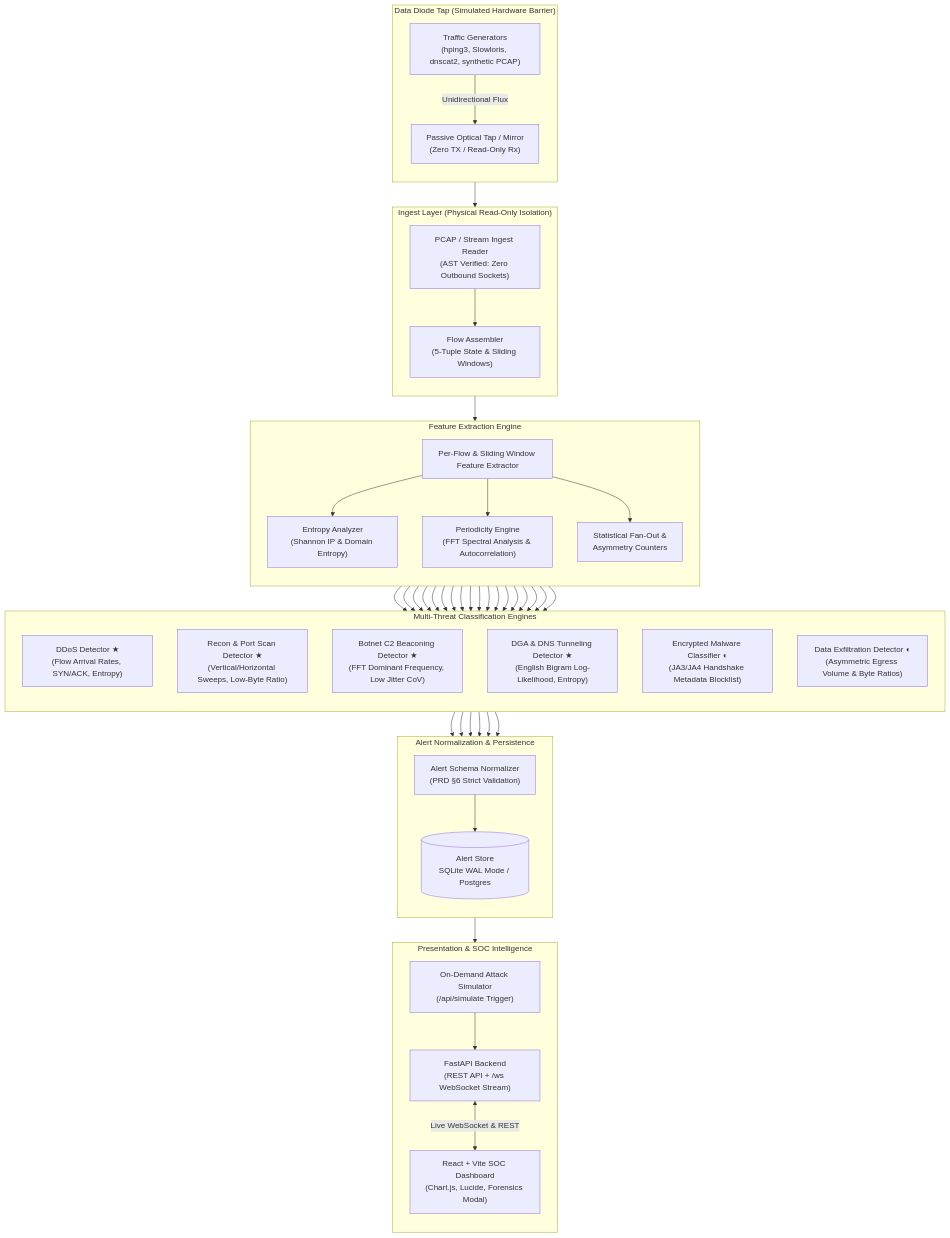
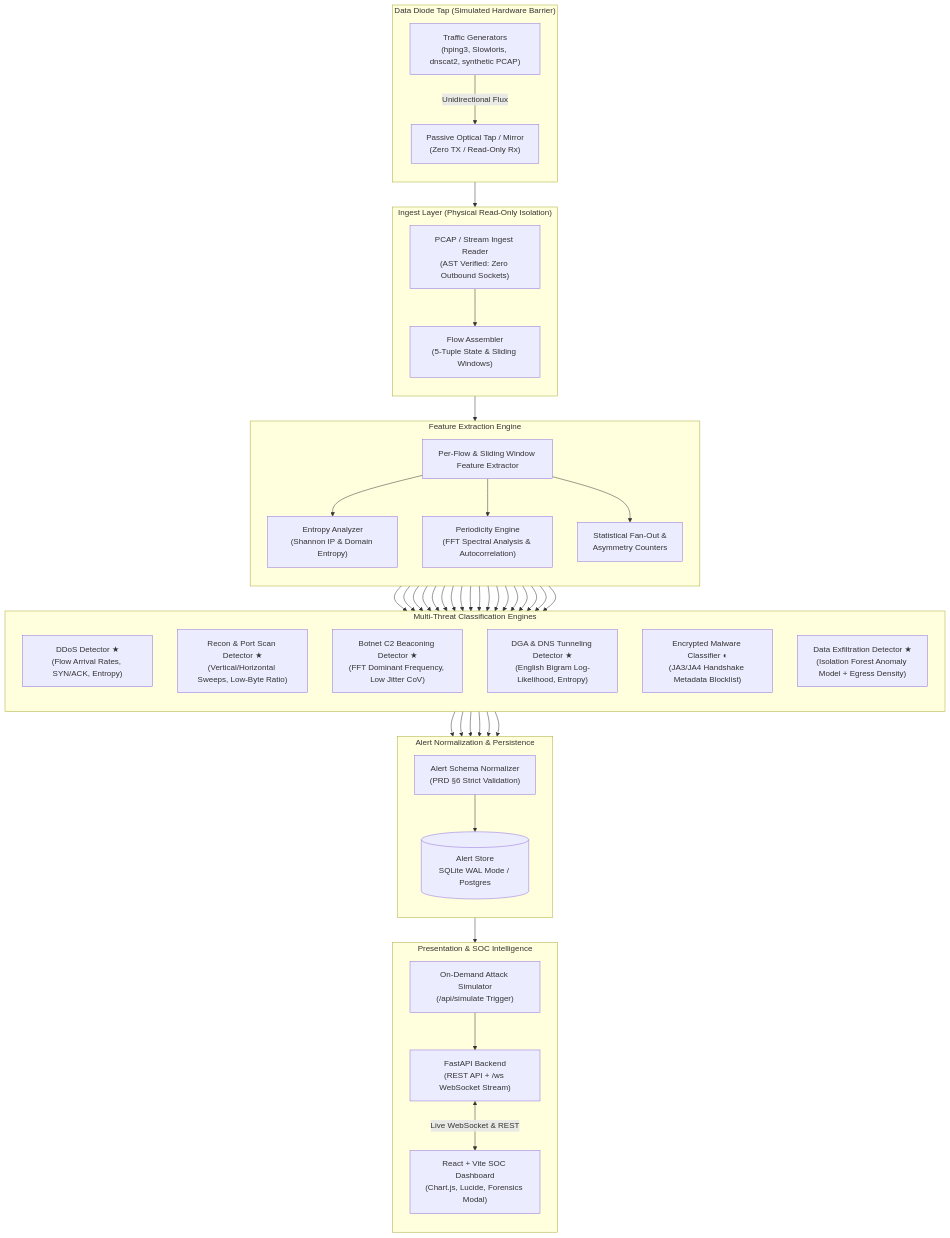
One commit to imagine1phoenix/diode changed the diagram in README.md. Above: the diagram before and after it, drawn with Mermaid. The commit also changed other lines of this file and 27 other files, not shown here.

Commit message:
feat: integrate Isolation Forest-based exfiltration detection, add LLM-driven alert triage, and introduce interactive geo-threat and pipeline inspection visualizations.

````diff
--- a/README.md
+++ b/README.md
@@ -15,56 +15,56 @@
 ```mermaid
 flowchart TD
     subgraph Diode["Data Diode Tap (Simulated Hardware Barrier)"]
         direction TB
         TG["Traffic Generators\n(hping3, Slowloris, dnscat2, synthetic PCAP)"]
         TAP["Passive Optical Tap / Mirror\n(Zero TX / Read-Only Rx)"]
         TG -->|Unidirectional Flux| TAP
     end
 
     subgraph Ingest["Ingest Layer (Physical Read-Only Isolation)"]
         direction TB
         RDR["PCAP / Stream Ingest Reader\n(AST Verified: Zero Outbound Sockets)"]
         FA["Flow Assembler\n(5-Tuple State & Sliding Windows)"]
         TAP --> RDR --> FA
     end
 
     subgraph Features["Feature Extraction Engine"]
         direction TB
         FE["Per-Flow & Sliding Window Feature Extractor"]
         ENT["Entropy Analyzer\n(Shannon IP & Domain Entropy)"]
         PER["Periodicity Engine\n(FFT Spectral Analysis & Autocorrelation)"]
         STAT["Statistical Fan-Out &\nAsymmetry Counters"]
         FE --> ENT & PER & STAT
     end
 
     subgraph Detectors["Multi-Threat Classification Engines"]
         direction TB
         D1["DDoS Detector ★\n(Flow Arrival Rates, SYN/ACK, Entropy)"]
         D2["Recon & Port Scan Detector ★\n(Vertical/Horizontal Sweeps, Low-Byte Ratio)"]
         D3["Botnet C2 Beaconing Detector ★\n(FFT Dominant Frequency, Low Jitter CoV)"]
         D4["DGA & DNS Tunneling Detector ★\n(English Bigram Log-Likelihood, Entropy)"]
         D5["Encrypted Malware Classifier ◐\n(JA3/JA4 Handshake Metadata Blocklist)"]
-        D6["Data Exfiltration Detector ◐\n(Asymmetric Egress Volume & Byte Ratios)"]
+        D6["Data Exfiltration Detector ★\n(Isolation Forest Anomaly Model + Egress Density)"]
     end
 
     subgraph AlertPipeline["Alert Normalization & Persistence"]
         direction TB
         NORM["Alert Schema Normalizer\n(PRD §6 Strict Validation)"]
         STORE[("Alert Store\nSQLite WAL Mode / Postgres")]
         NORM --> STORE
     end
 
     subgraph Interface["Presentation & SOC Intelligence"]
         direction TB
         API["FastAPI Backend\n(REST API + /ws WebSocket Stream)"]
         SIM["On-Demand Attack Simulator\n(/api/simulate Trigger)"]
         DASH["React + Vite SOC Dashboard\n(Chart.js, Lucide, Forensics Modal)"]
         STORE --> API
         SIM --> API
         API <-->|Live WebSocket & REST| DASH
     end
 
     FA --> FE
     ENT & PER & STAT --> D1 & D2 & D3 & D4 & D5 & D6
     D1 & D2 & D3 & D4 & D5 & D6 --> NORM
 ```
````
